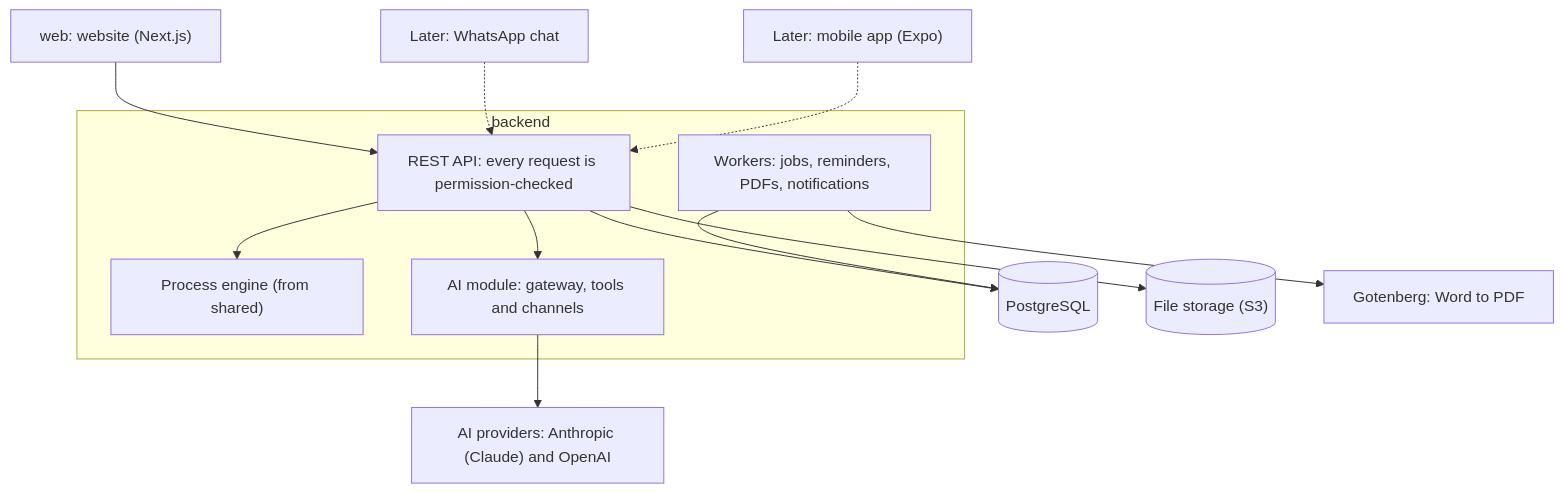
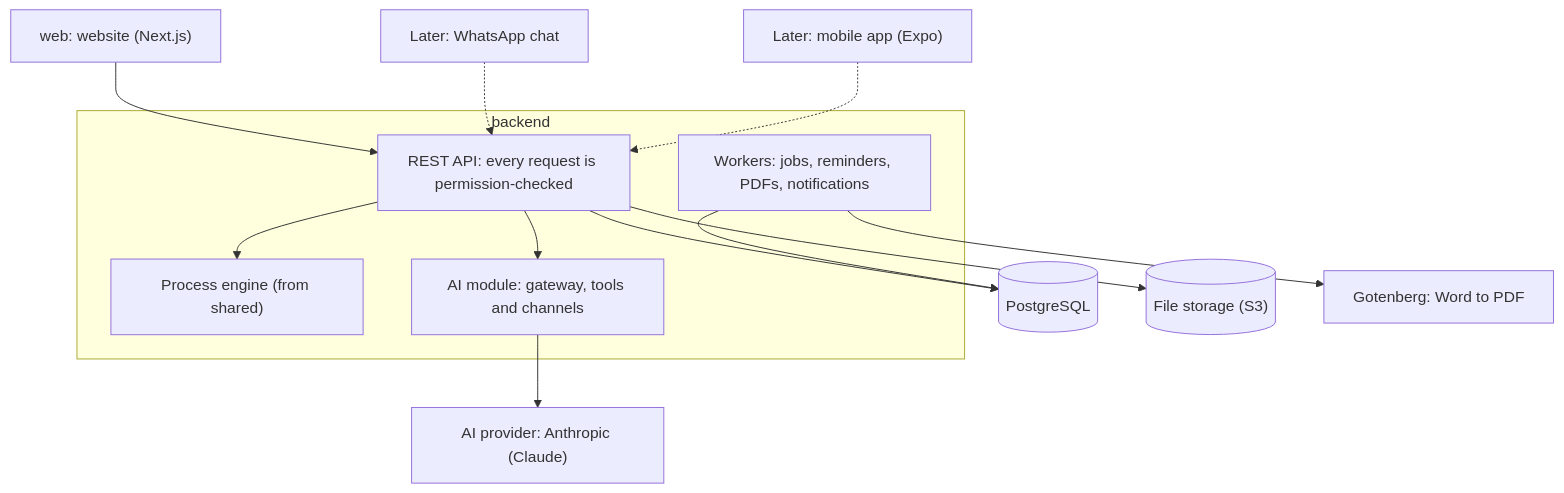
The diagram in docs/architecture.md (sharath101/coal), drawn with Mermaid before and after one commit. The commit also changed other lines of this file and 96 other files, not shown here.

````diff
--- a/docs/architecture.md
+++ b/docs/architecture.md
@@ -12,27 +12,27 @@
 ```mermaid
 flowchart TB
   WEB["web: website (Next.js)"]
   BOT["Later: WhatsApp chat"]
   APP["Later: mobile app (Expo)"]
   subgraph BACKEND["backend"]
     API["REST API: every request is permission-checked"]
     ENG["Process engine (from shared)"]
     AIM["AI module: gateway, tools and channels"]
     WRK["Workers: jobs, reminders, PDFs, notifications"]
   end
   PG[("PostgreSQL")]
   S3[("File storage (S3)")]
   GOT["Gotenberg: Word to PDF"]
-  LLM["AI providers: Anthropic (Claude) and OpenAI"]
+  LLM["AI provider: Anthropic (Claude)"]
 
   WEB --> API
   BOT -.-> API
   APP -.-> API
   API --> ENG
   API --> AIM
   AIM --> LLM
   API --> PG
   WRK --> PG
   API --> S3
   WRK --> GOT
 ```
````
